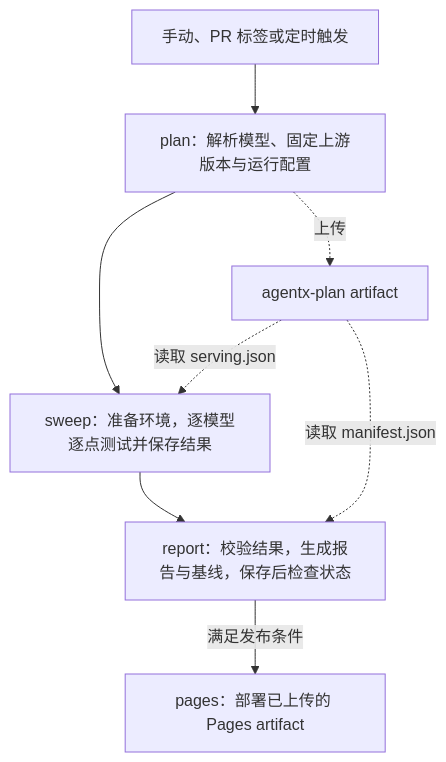
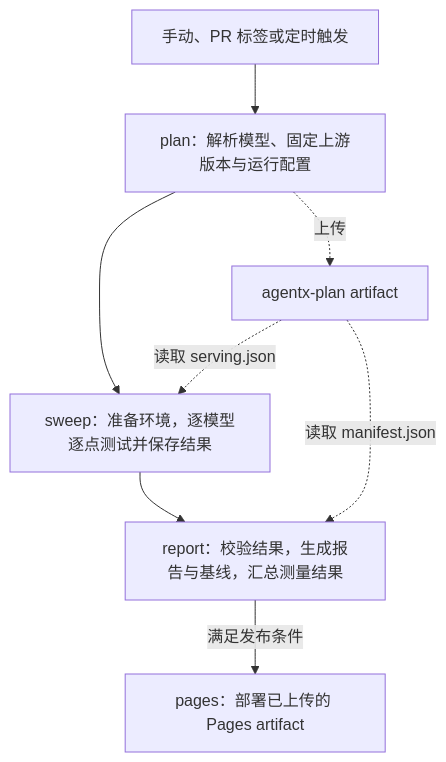
The diagram in benchmarks/agentx/README.zh.md (AMD-AGI/AKLR), drawn with Mermaid before and after one commit. The commit also changed other lines of this file and 9 other files, not shown here.

````diff
--- a/benchmarks/agentx/README.zh.md
+++ b/benchmarks/agentx/README.zh.md
@@ -9,10 +9,10 @@
 ```mermaid
 flowchart TD
     T["手动、PR 标签或定时触发"] --> P["plan：解析模型、固定上游版本与运行配置"]
     P --> S["sweep：准备环境，逐模型逐点测试并保存结果"]
-    S --> R["report：校验结果，生成报告与基线，保存后检查状态"]
+    S --> R["report：校验结果，生成报告与基线，汇总测量结果"]
     R -->|"满足发布条件"| D["pages：部署已上传的 Pages artifact"]
     P -.->|"上传"| A["agentx-plan artifact"]
     A -.->|"读取 serving.json"| S
     A -.->|"读取 manifest.json"| R
 ```
````
